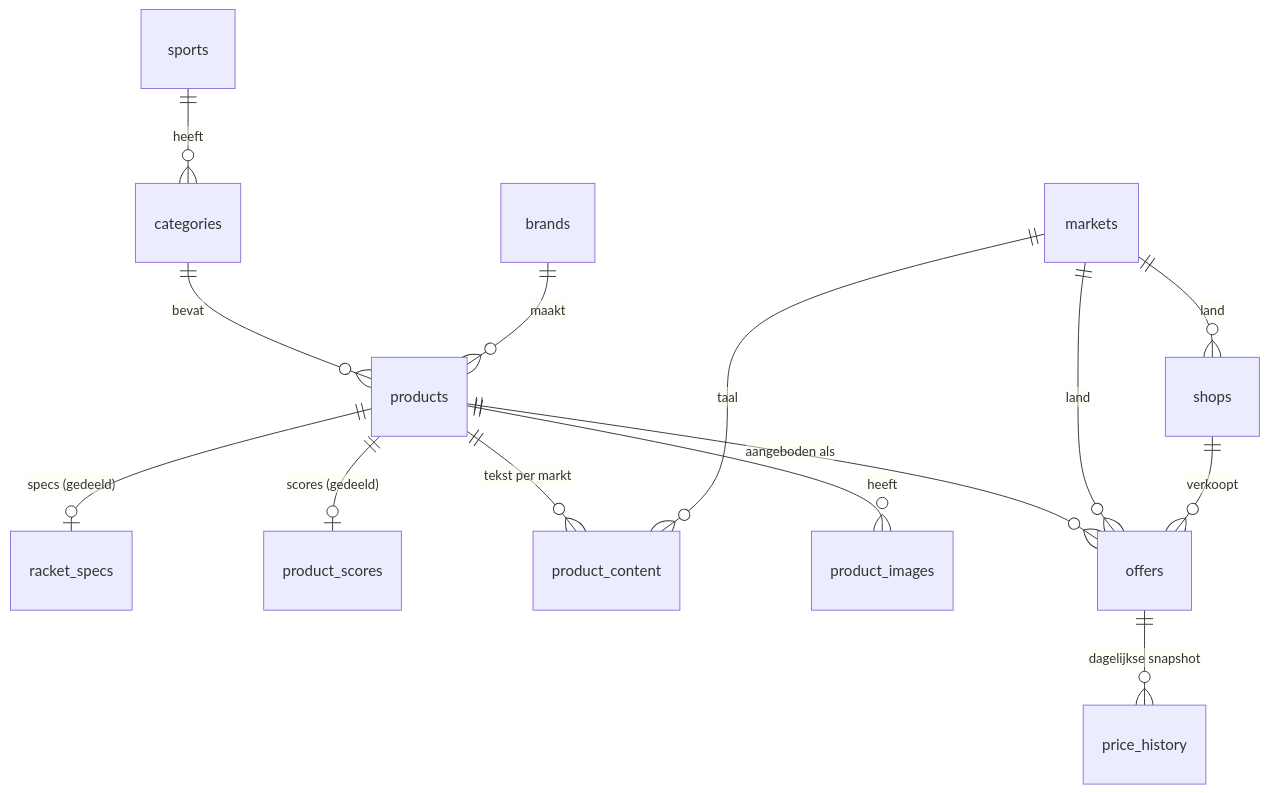
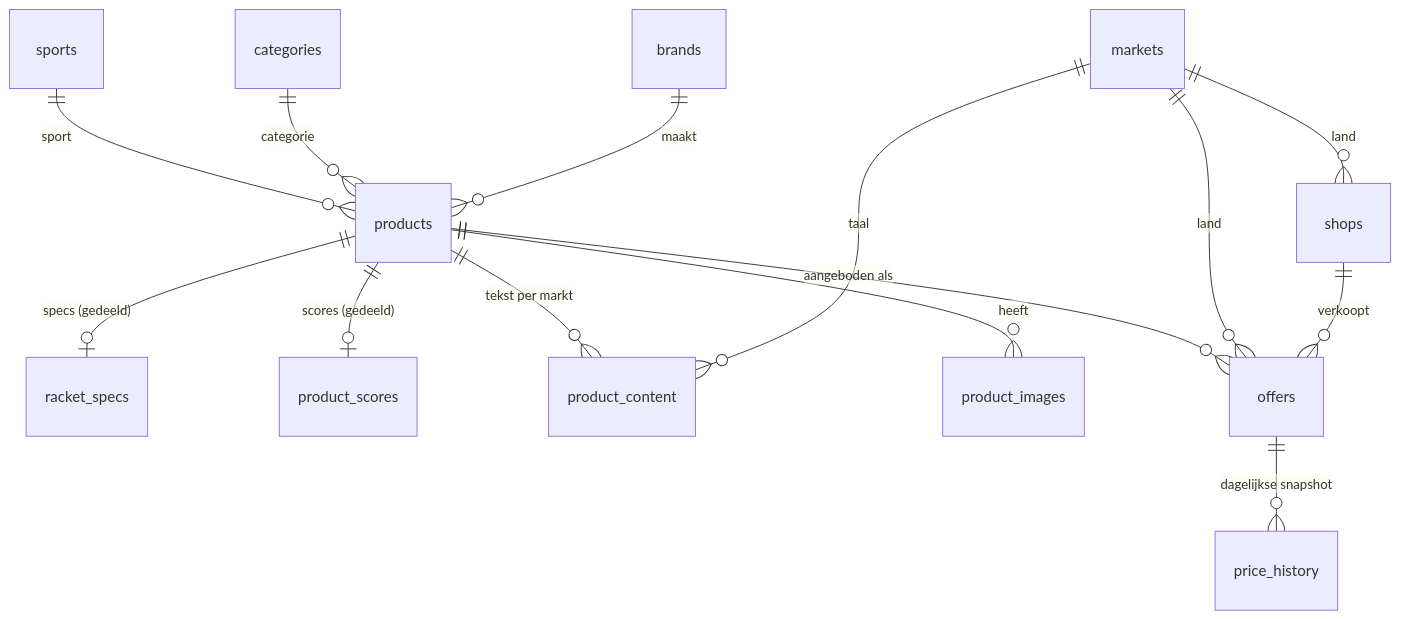
Before and after one commit to KylanG/racketpicker: the diagram in docs/database.md, drawn with Mermaid. The commit also changed other lines of this file and 17 other files, not shown here.

````diff
--- a/docs/database.md
+++ b/docs/database.md
@@ -7,16 +7,16 @@
 ```mermaid
 erDiagram
-  sports ||--o{ categories : heeft
-  categories ||--o{ products : bevat
+  sports ||--o{ products : sport
+  categories ||--o{ products : categorie
   brands ||--o{ products : maakt
   products ||--o| racket_specs : "specs (gedeeld)"
   products ||--o| product_scores : "scores (gedeeld)"
   products ||--o{ product_content : "tekst per markt"
   products ||--o{ product_images : heeft
   products ||--o{ offers : "aangeboden als"
   markets ||--o{ product_content : taal
   markets ||--o{ shops : land
   markets ||--o{ offers : land
   shops ||--o{ offers : verkoopt
   offers ||--o{ price_history : "dagelijkse snapshot"
 ```
````
